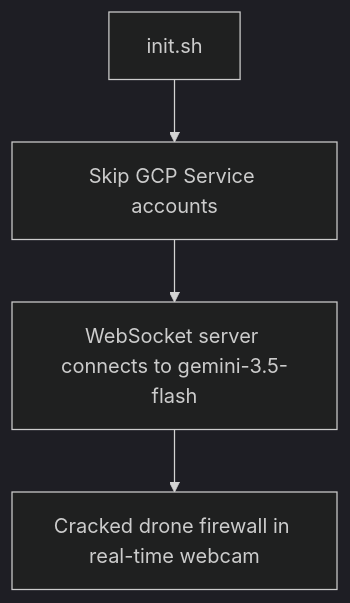
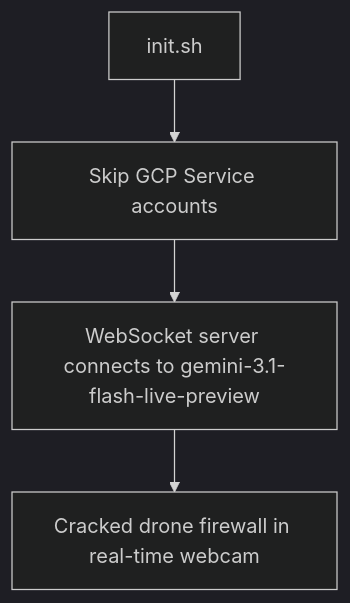
One commit to giterinhub/way-back-home changed the fourth of 6 diagrams in student_walkthrough.md. Above: the diagram before and after it, drawn with Mermaid (dark theme). The commit also changed other lines of this file and 9 other files, not shown here.

````diff
--- a/student_walkthrough.md
+++ b/student_walkthrough.md
@@ -137,6 +137,6 @@
 ```mermaid
 graph TD
     A[init.sh] --> B[Skip GCP Service accounts]
-    B --> C[WebSocket server connects to gemini-3.5-flash]
+    B --> C[WebSocket server connects to gemini-3.1-flash-live-preview]
     C --> D[Cracked drone firewall in real-time webcam]
 ```
````
